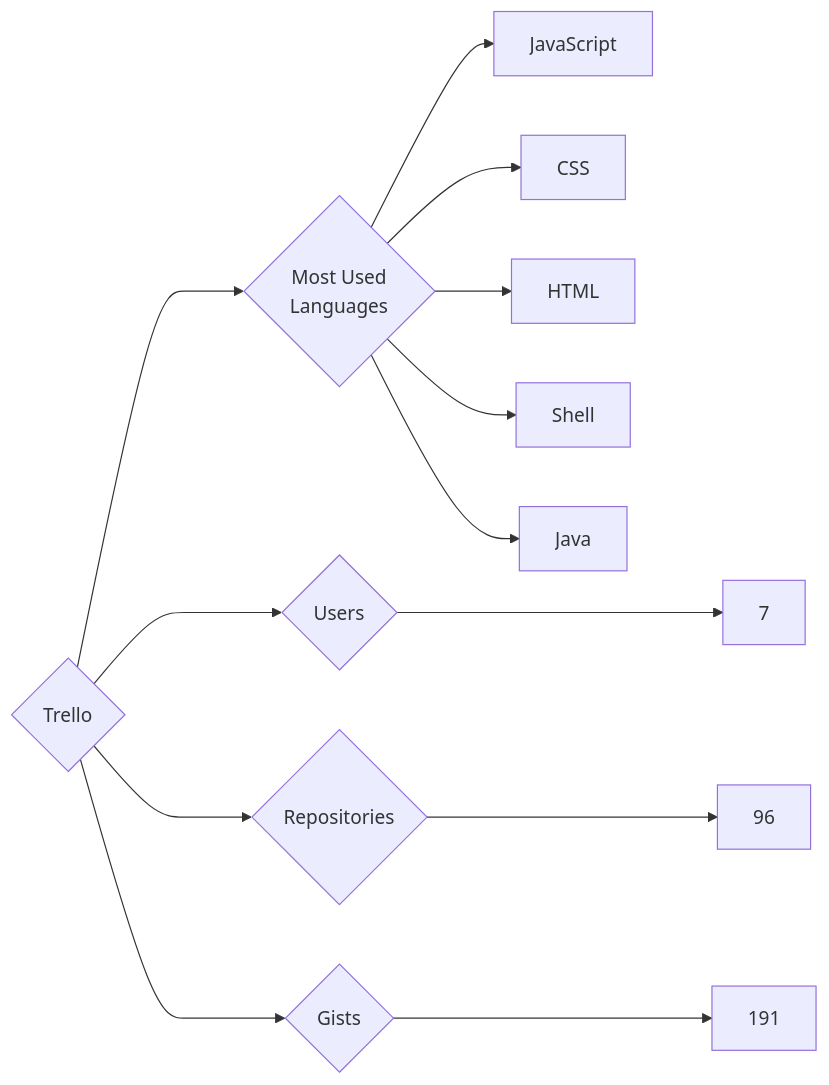
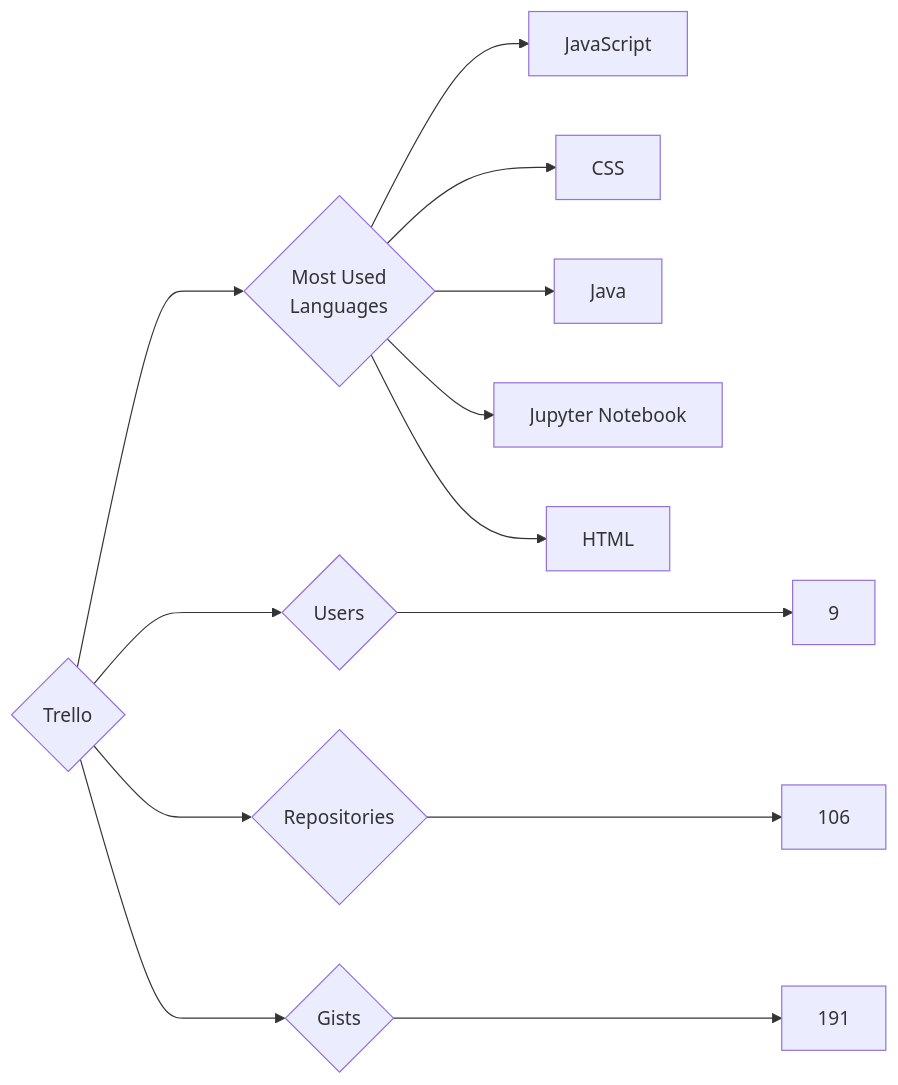
The diagram in targets/Trello/README.md (trickest/insiders), drawn with Mermaid before and after one commit. The commit also changed 953 other files, not shown here.

````diff
--- a/targets/Trello/README.md
+++ b/targets/Trello/README.md
@@ -3,13 +3,13 @@
 ```mermaid
 graph LR
 COMPANY_NAME{Trello}
-COMPANY_NAME ---> U{Users} ---> UN[7]
-COMPANY_NAME ---> R{Repositories} ---> RN[96]
+COMPANY_NAME ---> U{Users} ---> UN[9]
+COMPANY_NAME ---> R{Repositories} ---> RN[106]
 COMPANY_NAME ---> G{Gists} ---> GN[191]
 COMPANY_NAME ---> ML{Most Used<br>Languages}
 ML --> JavaScript[JavaScript]
 ML --> CSS[CSS]
+ML --> Java[Java]
+ML --> Jupyter_Notebook[Jupyter Notebook]
 ML --> HTML[HTML]
-ML --> Shell[Shell]
-ML --> Java[Java]
 ```
````
